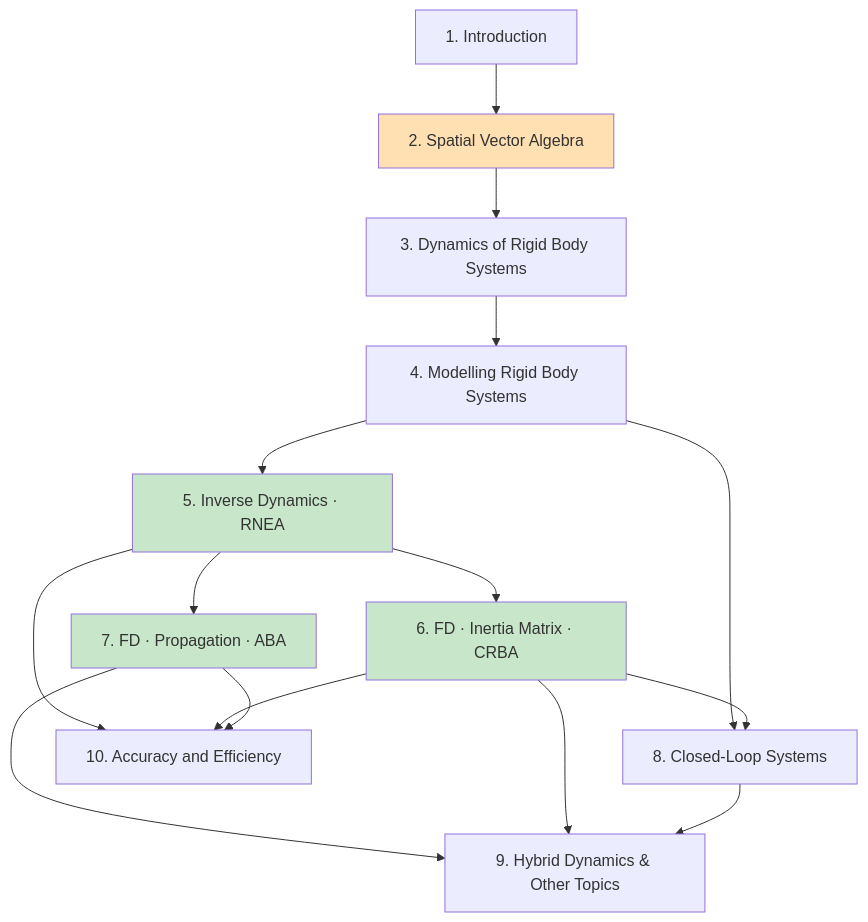
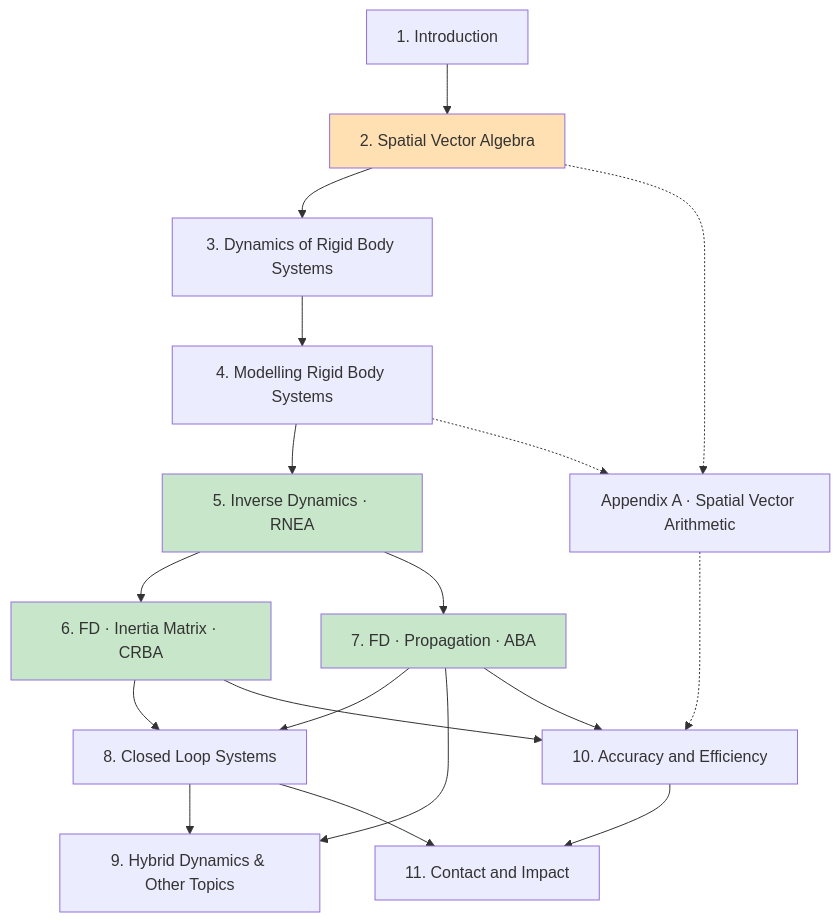
Before and after one commit to wenchenwan/RigidBodyDynamicAlgoDocs: the diagram in docs/00-roadmap.md, drawn with Mermaid. The commit also changed other lines of this file and 8 other files, not shown here.

````diff
--- a/docs/00-roadmap.md
+++ b/docs/00-roadmap.md
@@ -30,33 +44,35 @@
 ```mermaid
 graph TD
     C1[1. Introduction]
     C2[2. Spatial Vector Algebra]
     C3[3. Dynamics of Rigid Body Systems]
     C4[4. Modelling Rigid Body Systems]
     C5[5. Inverse Dynamics · RNEA]
     C6[6. FD · Inertia Matrix · CRBA]
     C7[7. FD · Propagation · ABA]
-    C8[8. Closed-Loop Systems]
+    C8[8. Closed Loop Systems]
     C9[9. Hybrid Dynamics & Other Topics]
     C10[10. Accuracy and Efficiency]
+    C11[11. Contact and Impact]
+    CA[Appendix A · Spatial Vector Arithmetic]
 
-    C1 --> C2
-    C2 --> C3
-    C3 --> C4
-    C4 --> C5
-    C5 --> C6
+    C1 --> C2 --> C3 --> C4
+    C4 --> C5 --> C6
     C5 --> C7
-    C4 --> C8
     C6 --> C8
+    C7 --> C8
     C7 --> C9
-    C6 --> C9
     C8 --> C9
-    C5 --> C10
+    C8 --> C11
     C6 --> C10
     C7 --> C10
+    C10 --> C11
+    C2 -.-> CA
+    C4 -.-> CA
+    CA -.-> C10
 
     style C2 fill:#ffe0b2
     style C5 fill:#c8e6c9
     style C6 fill:#c8e6c9
     style C7 fill:#c8e6c9
 ```
````
